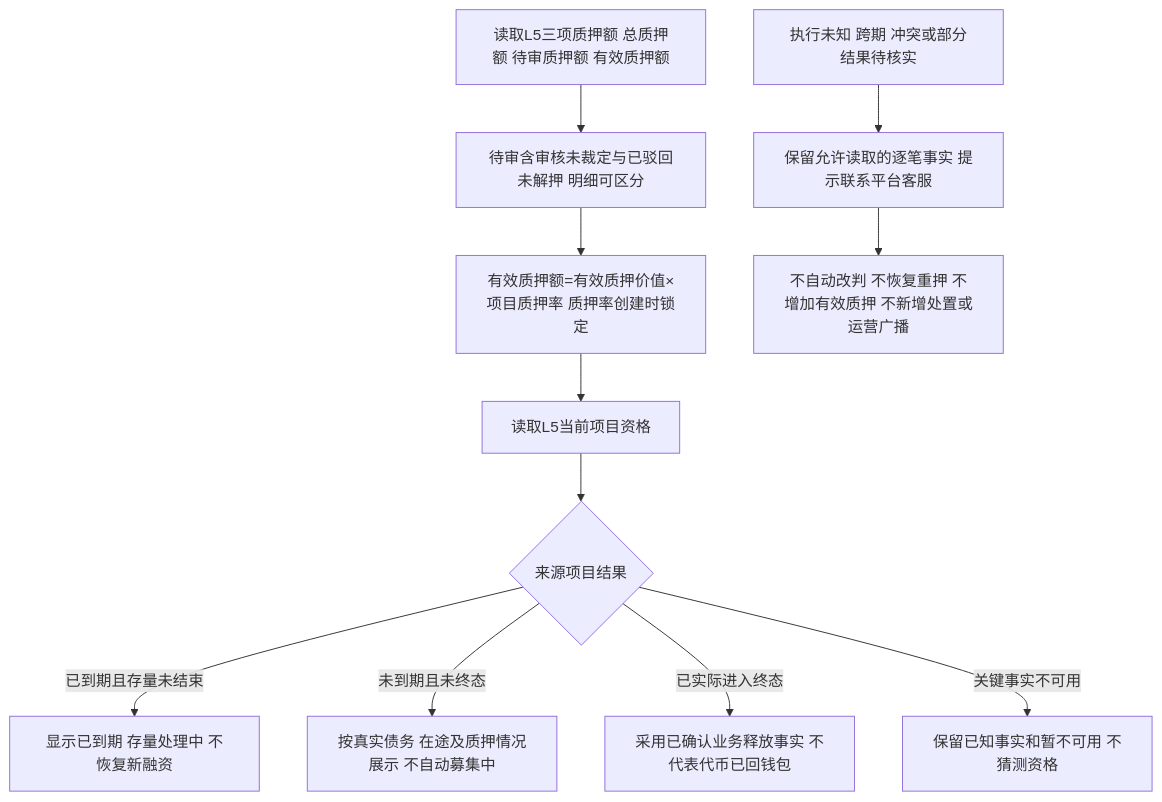
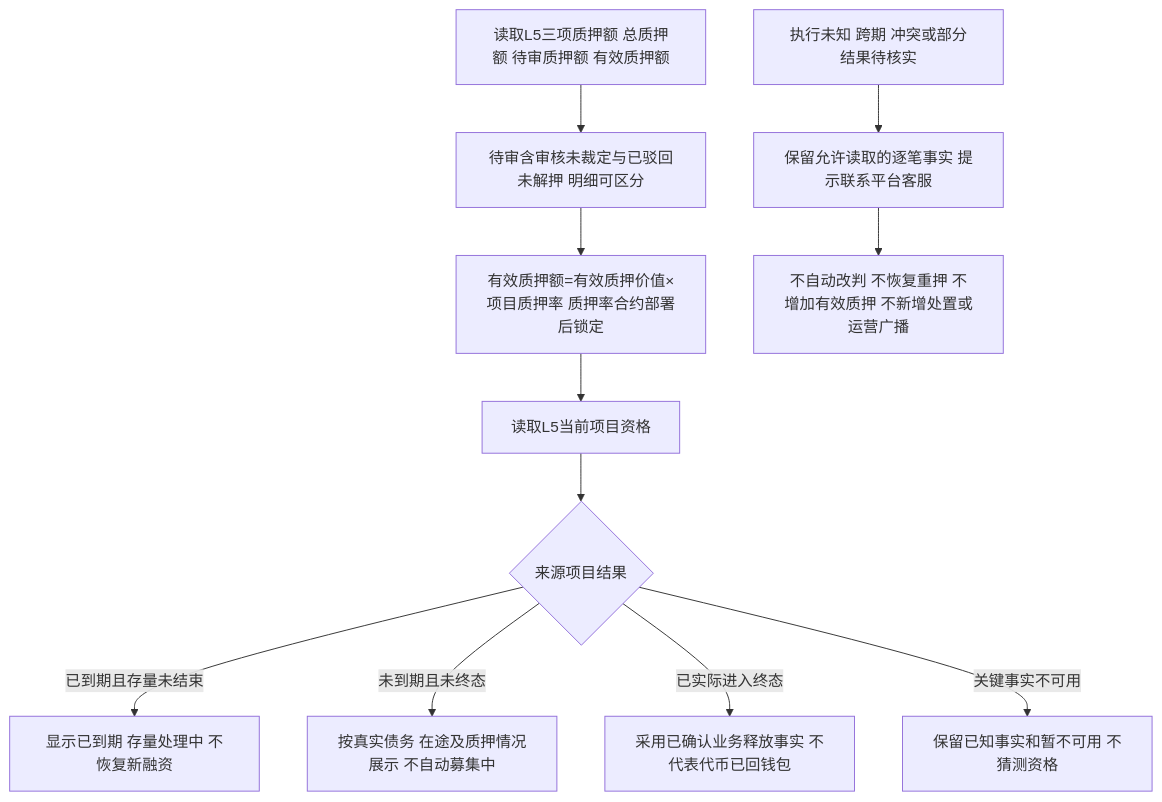
One commit to wxblockchain/Chain-Financing changed diagram 11 of 11 in lending-platform/PRD/面客端/09-我的控制台/02-我的控制台-流程图与状态机.md. Above: the diagram before and after it, drawn with Mermaid. The commit also changed 9 other files, not shown here.

````diff
--- a/lending-platform/PRD/面客端/09-我的控制台/02-我的控制台-流程图与状态机.md
+++ b/lending-platform/PRD/面客端/09-我的控制台/02-我的控制台-流程图与状态机.md
@@ -295,13 +295,13 @@
 ```mermaid
 flowchart TD
   A[读取L5三项质押额 总质押额 待审质押额 有效质押额] --> B[待审含审核未裁定与已驳回未解押 明细可区分]
-  B --> C[有效质押额=有效质押价值×项目质押率 质押率创建时锁定]
+  B --> C[有效质押额=有效质押价值×项目质押率 质押率合约部署后锁定]
   C --> D[读取L5当前项目资格]
   D --> E{来源项目结果}
   E -- 已到期且存量未结束 --> F[显示已到期 存量处理中 不恢复新融资]
   E -- 未到期且未终态 --> G[按真实债务 在途及质押情况展示 不自动募集中]
   E -- 已实际进入终态 --> H[采用已确认业务释放事实 不代表代币已回钱包]
   E -- 关键事实不可用 --> I[保留已知事实和暂不可用 不猜测资格]
   J[执行未知 跨期 冲突或部分结果待核实] --> K[保留允许读取的逐笔事实 提示联系平台客服]
   K --> L[不自动改判 不恢复重押 不增加有效质押 不新增处置或运营广播]
 ```
````
